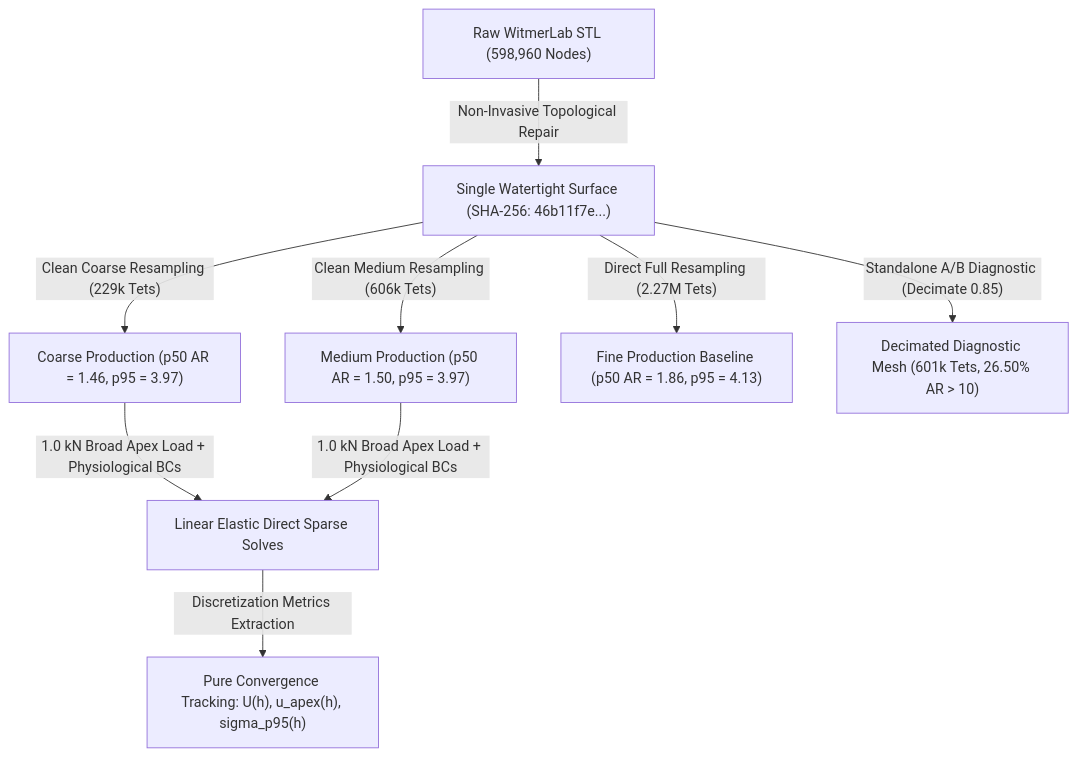
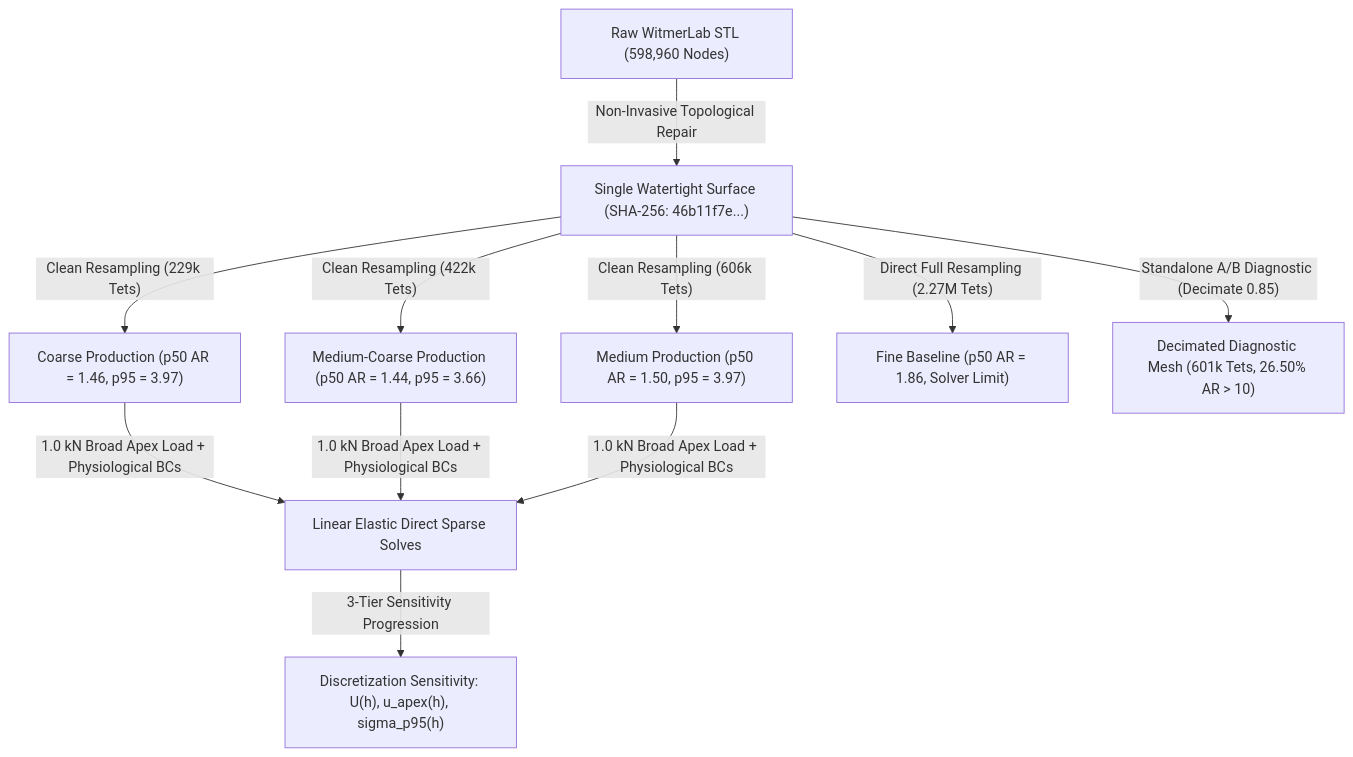
The diagram in reports/phase4_fea_benchmark_report.md (mdhornstein/pachycephalosaur-biomechanics), drawn with Mermaid before and after one commit. The commit also changed other lines of this file and 12 other files, not shown here.

Commit message:
fix(phase4): establish 3-tier same-geometry discretization sensitivity progression (229k -> 422k -> 606k), reconcile artifact metrics 100%, and record explicit solver telemetry

````diff
--- a/reports/phase4_fea_benchmark_report.md
+++ b/reports/phase4_fea_benchmark_report.md
@@ -24,10 +24,11 @@
 ```mermaid
 flowchart TD
     A["Raw WitmerLab STL (598,960 Nodes)"] -->|"Non-Invasive Topological Repair"| B["Single Watertight Surface (SHA-256: 46b11f7e...)"]
-    B -->|"Clean Coarse Resampling (229k Tets)"| C1["Coarse Production (p50 AR = 1.46, p95 = 3.97)"]
-    B -->|"Clean Medium Resampling (606k Tets)"| C2["Medium Production (p50 AR = 1.50, p95 = 3.97)"]
-    B -->|"Direct Full Resampling (2.27M Tets)"| C3["Fine Production Baseline (p50 AR = 1.86, p95 = 4.13)"]
+    B -->|"Clean Resampling (229k Tets)"| C1["Coarse Production (p50 AR = 1.46, p95 = 3.97)"]
+    B -->|"Clean Resampling (422k Tets)"| C2["Medium-Coarse Production (p50 AR = 1.44, p95 = 3.66)"]
+    B -->|"Clean Resampling (606k Tets)"| C3["Medium Production (p50 AR = 1.50, p95 = 3.97)"]
+    B -->|"Direct Full Resampling (2.27M Tets)"| C4["Fine Baseline (p50 AR = 1.86, Solver Limit)"]
     B -->|"Standalone A/B Diagnostic (Decimate 0.85)"| C_diag["Decimated Diagnostic Mesh (601k Tets, 26.50% AR > 10)"]
-    C1 & C2 -->|"1.0 kN Broad Apex Load + Physiological BCs"| D["Linear Elastic Direct Sparse Solves"]
-    D -->|"Discretization Metrics Extraction"| E["Pure Convergence Tracking: U(h), u_apex(h), sigma_p95(h)"]
+    C1 & C2 & C3 -->|"1.0 kN Broad Apex Load + Physiological BCs"| D["Linear Elastic Direct Sparse Solves"]
+    D -->|"3-Tier Sensitivity Progression"| E["Discretization Sensitivity: U(h), u_apex(h), sigma_p95(h)"]
 ```
````
